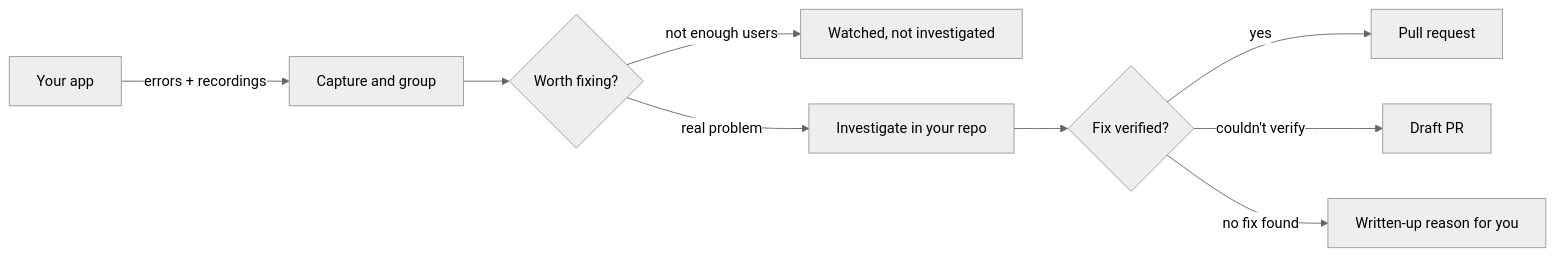
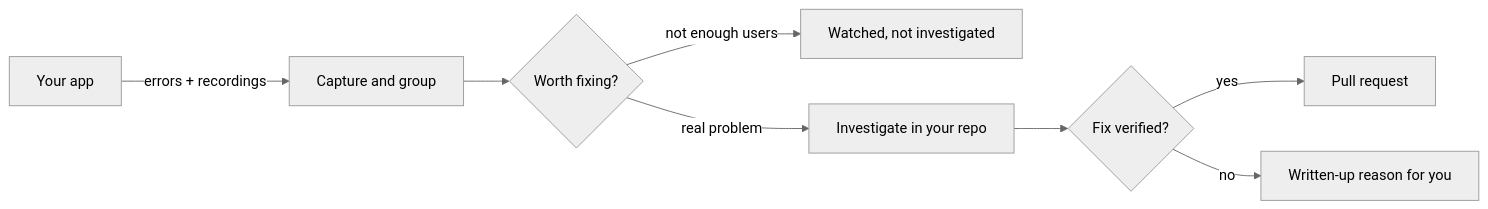
The diagram in README.md (opslane/opslane), drawn with Mermaid (neutral theme) before and after one commit. The commit also changed other lines of this file, not shown here.

````diff
--- a/README.md
+++ b/README.md
@@ -82,11 +82,10 @@
 ```mermaid
 flowchart LR
     A[Your app] -->|errors + recordings| B[Capture and group]
     B --> Q{Worth fixing?}
     Q -->|not enough users| W[Watched, not investigated]
     Q -->|real problem| D[Investigate in your repo]
     D --> V{Fix verified?}
     V -->|yes| PR[Pull request]
-    V -->|couldn't verify| DR[Draft PR]
-    V -->|no fix found| HR[Written-up reason for you]
+    V -->|no| HR[Written-up reason for you]
 ```
````
